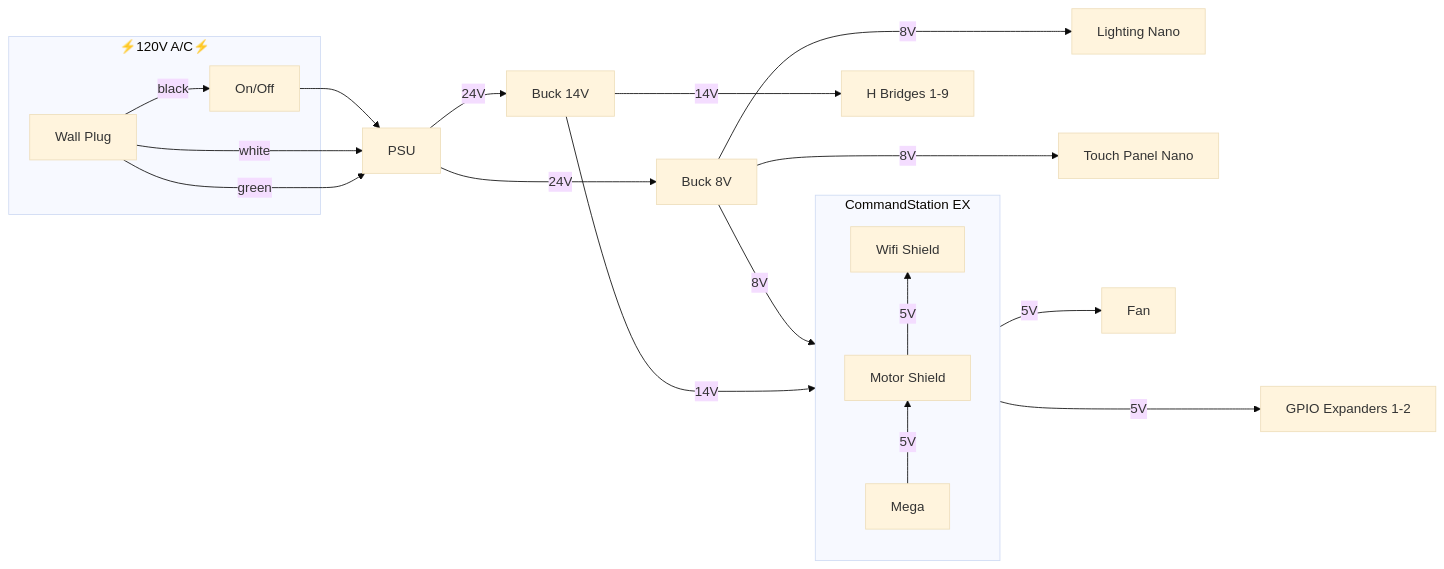
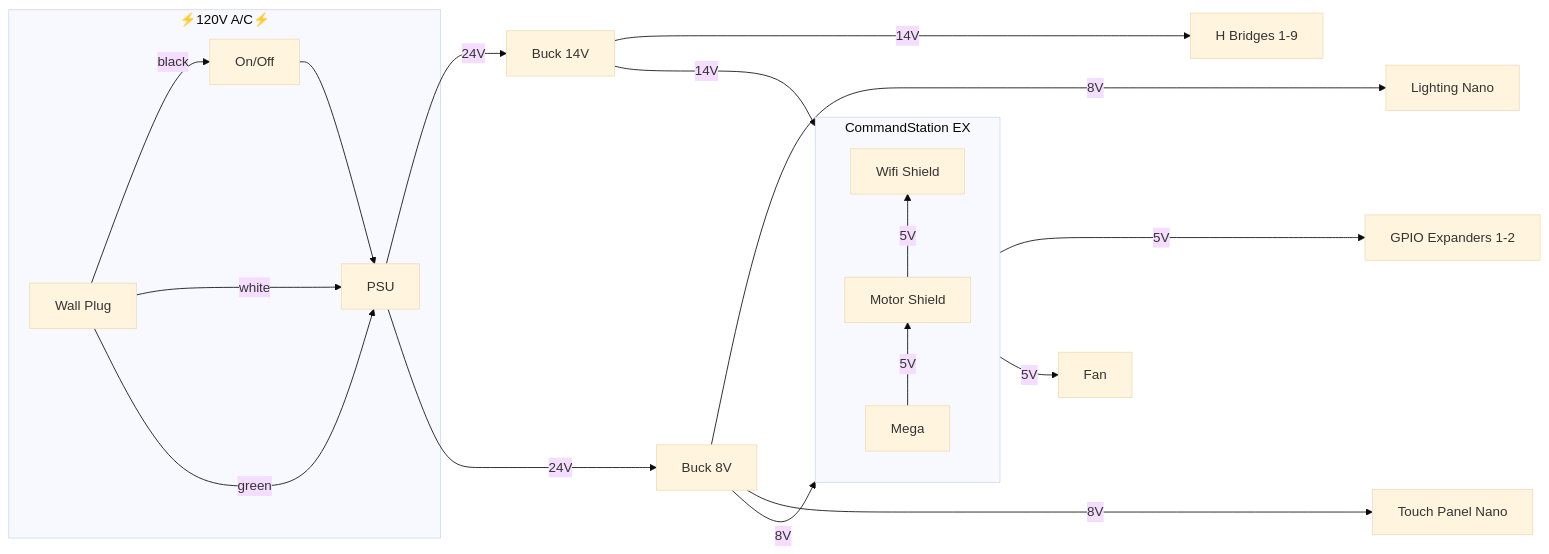
Before and after one commit to kmltechio/lumber_district: the first of 4 diagrams in README.md, drawn with Mermaid (base theme).

````diff
--- a/README.md
+++ b/README.md
@@ -38,30 +38,31 @@
 ```mermaid
 flowchart LR
   subgraph ac ["⚡️120V A/C⚡️"]
     P120[Wall Plug]
     Pswitch[On/Off]
+    PSU
     end
-  PSU
   P120 -->|black| Pswitch --> PSU
   P120 -->|white| PSU
   P120 -->|green| PSU
   Buck14[Buck 14V]
   Buck8[Buck 8V]
   PSU -->|24V| Buck14 & Buck8
   subgraph CmdStn[CommandStation EX]
     direction BT
     Mega
     Motor[Motor Shield]
     WiFi[Wifi Shield]
     Mega -->|5V| Motor -->|5V| WiFi
     end
   Lights[Lighting Nano]
   Touch[Touch Panel Nano]
   Gpio["GPIO Expanders 1-2"]
   HBridge["H Bridges 1-9"]
   Buck8 -->|8V| Mega
-  Buck8 --->|8V| Lights & Touch
-  Buck14 --->|14V| HBridge & Motor
-  Mega --->|5V| Gpio
+  Buck8 ----->|8V| Lights & Touch
+  Buck14 ----->|14V| HBridge
+  Buck14 --->|14V| Motor
+  Mega ---->|5V| Gpio
   Mega -->|5V| Fan
 ```
````
